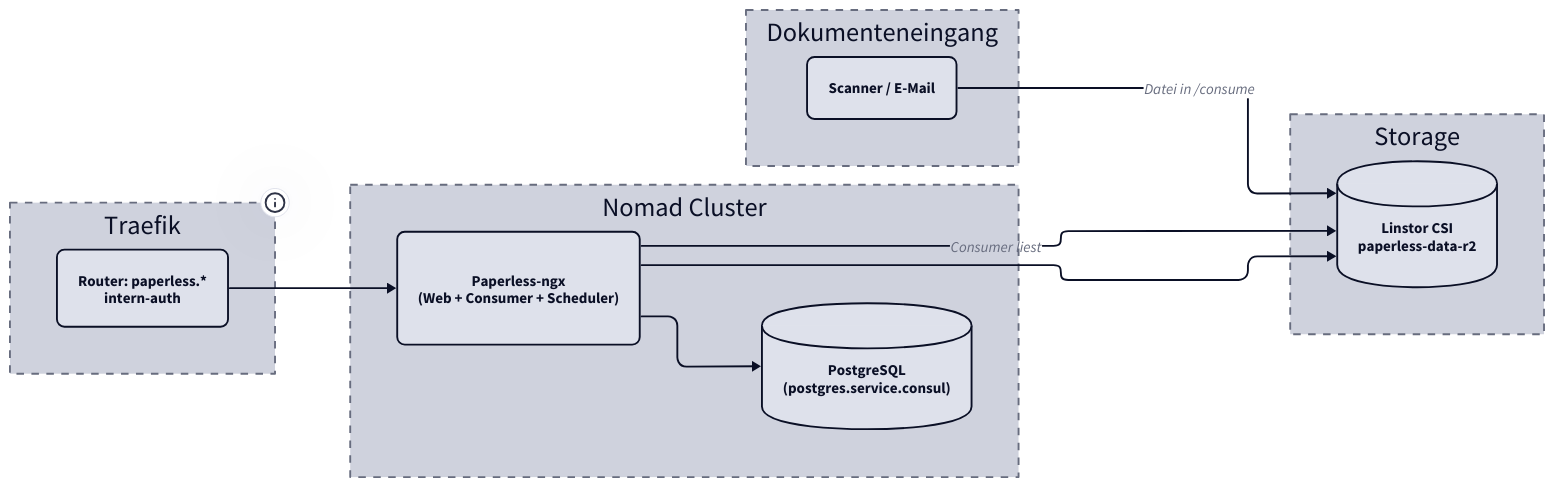
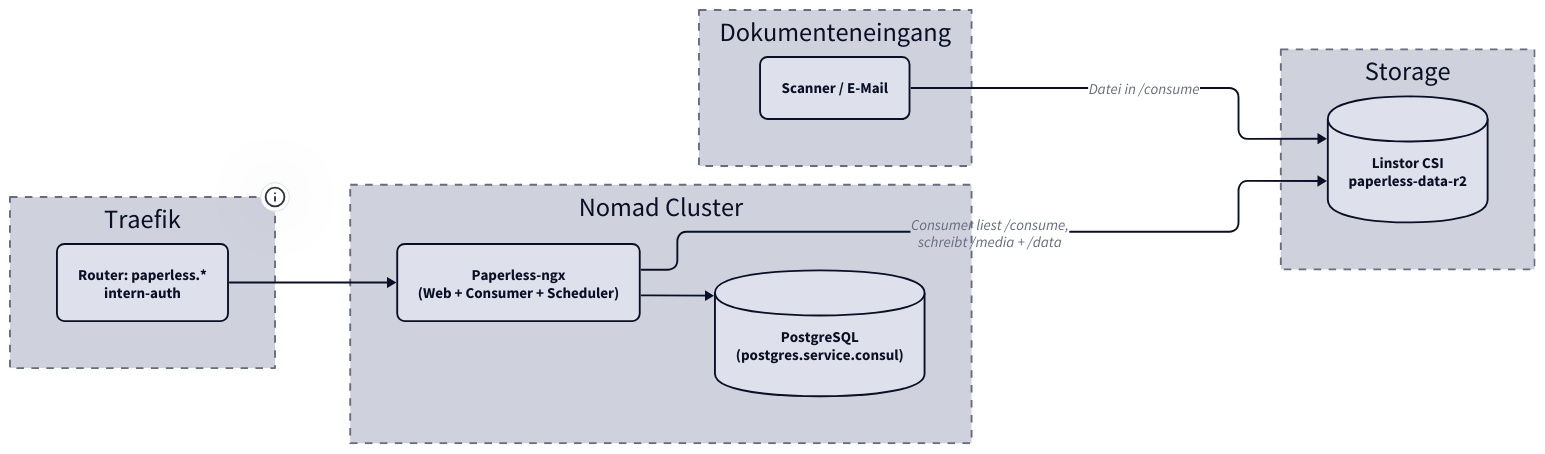
Before and after one commit to derever-labs/homelab-wiki: the diagram in docs/paperless/index.md, drawn with D2. The commit also changed other lines of this file and 11 other files, not shown here.

````diff
--- a/docs/paperless/index.md
+++ b/docs/paperless/index.md
@@ -33,38 +33,37 @@
 ```d2
 vars: {
   d2-config: {
     theme-id: 1
     layout-engine: elk
   }
 }
 
 direction: right
 
 Input: Dokumenteneingang {
   style.stroke-dash: 4
   SCAN: "Scanner / E-Mail" { style.border-radius: 8 }
 }
 
 Traefik: Traefik {
   style.stroke-dash: 4
   tooltip: 10.0.2.20
   R1: "Router: paperless.*\nintern-auth" { style.border-radius: 8 }
 }
 
 Nomad: Nomad Cluster {
   style.stroke-dash: 4
   PL: "Paperless-ngx\n(Web + Consumer + Scheduler)" { style.border-radius: 8 }
   PG: "PostgreSQL\n(postgres.service.consul)" { shape: cylinder }
 }
 
 Storage: {
   style.stroke-dash: 4
   CSI: "Linstor CSI\npaperless-data-r2" { shape: cylinder }
 }
 
 Input.SCAN -> Storage.CSI: Datei in /consume
 Traefik.R1 -> Nomad.PL
-Nomad.PL -> Storage.CSI: Consumer liest
+Nomad.PL -> Storage.CSI: "Consumer liest /consume,\nschreibt /media + /data"
 Nomad.PL -> Nomad.PG
-Nomad.PL -> Storage.CSI
 ```
````
